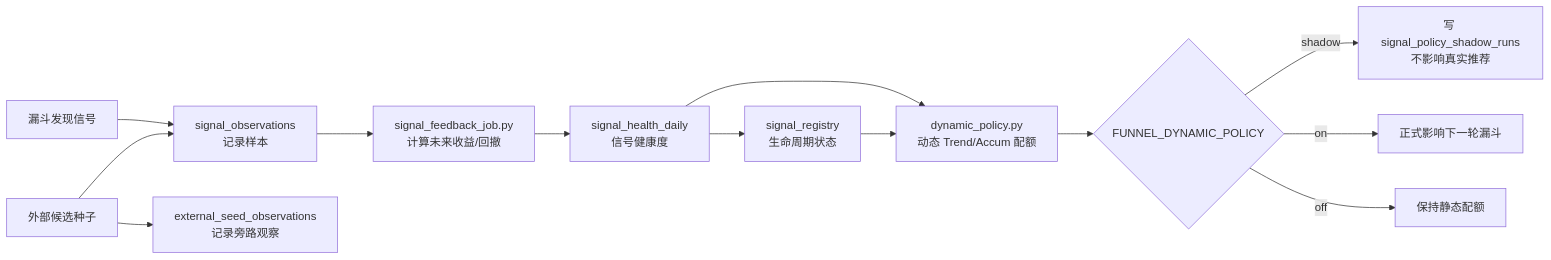
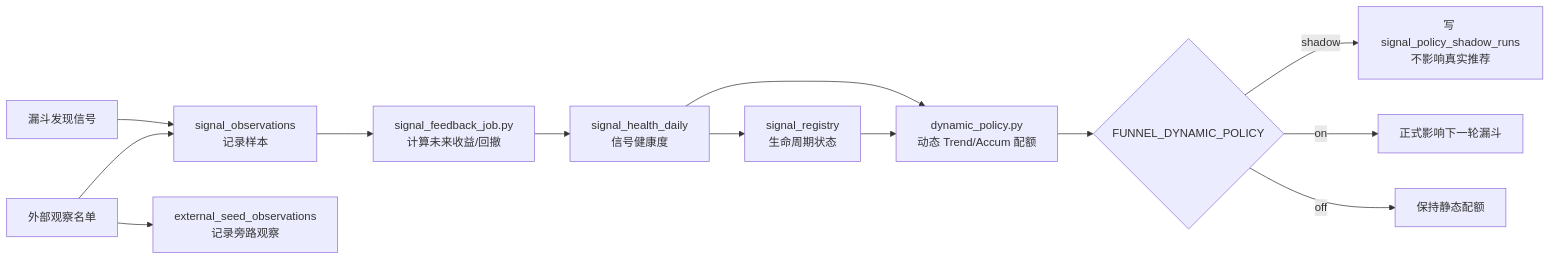
One commit to niyoh120/Wyckoff-Analysis changed the first of 4 diagrams in docs/ITERATION_STRATEGY.md. Above: the diagram before and after it, drawn with Mermaid. The commit also changed other lines of this file and 10 other files, not shown here.

````diff
--- a/docs/ITERATION_STRATEGY.md
+++ b/docs/ITERATION_STRATEGY.md
@@ -8,15 +8,15 @@
 ```mermaid
 flowchart LR
   A["漏斗发现信号"] --> B["signal_observations<br/>记录样本"]
-  X["外部候选种子"] --> B
+  X["外部观察名单"] --> B
   X --> Y["external_seed_observations<br/>记录旁路观察"]
   B --> C["signal_feedback_job.py<br/>计算未来收益/回撤"]
   C --> D["signal_health_daily<br/>信号健康度"]
   D --> E["signal_registry<br/>生命周期状态"]
   D --> F["dynamic_policy.py<br/>动态 Trend/Accum 配额"]
   E --> F
   F --> G{"FUNNEL_DYNAMIC_POLICY"}
   G -- "shadow" --> H["写 signal_policy_shadow_runs<br/>不影响真实推荐"]
   G -- "on" --> I["正式影响下一轮漏斗"]
   G -- "off" --> J["保持静态配额"]
 ```
````
